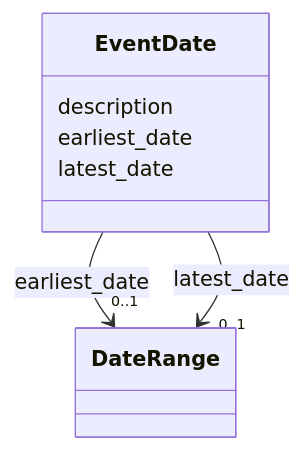
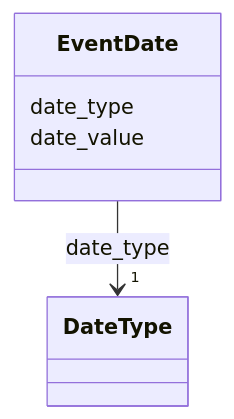
The diagram in docs/EventDate.md (arqtrad/schema), drawn with Mermaid before and after one commit. The commit also changed other lines of this file and 215 other files, not shown here.

````diff
--- a/docs/EventDate.md
+++ b/docs/EventDate.md
@@ -27,30 +25,19 @@
 ```mermaid
  classDiagram
     class EventDate
     click EventDate href "../EventDate/"
-      EventDate : description
+      EventDate : date_type
+        
+          
+    
+        
+        
+        EventDate --> "1" DateType : date_type
+        click DateType href "../DateType/"
+    
 
-      EventDate : earliest_date
-
-
-
-
-
-        EventDate --> "0..1" DateRange : earliest_date
-        click DateRange href "../DateRange/"
-
-
-
-      EventDate : latest_date
-
-
-
-
-
-        EventDate --> "0..1" DateRange : latest_date
-        click DateRange href "../DateRange/"
-
-
-
-
+        
+      EventDate : date_value
+        
+      
 ```
````
